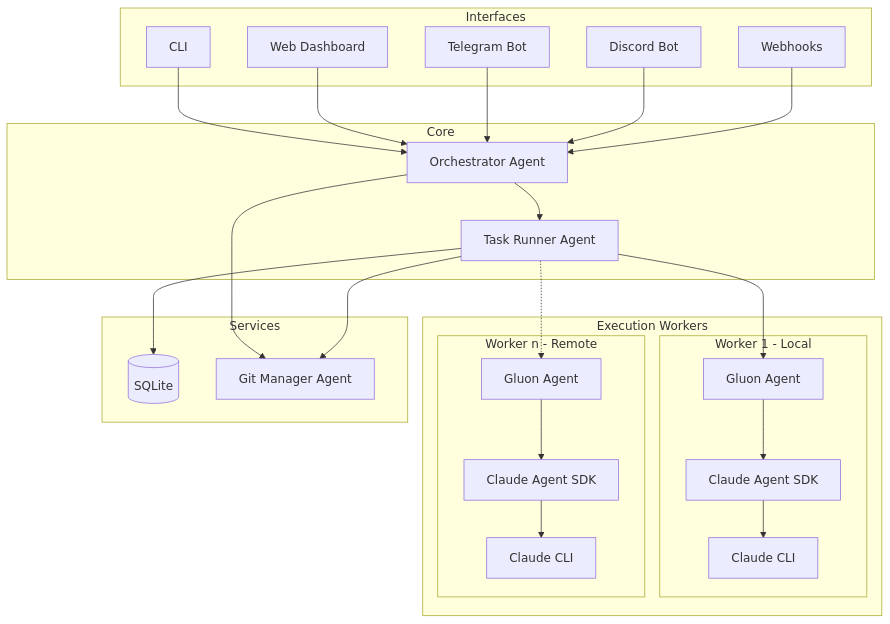
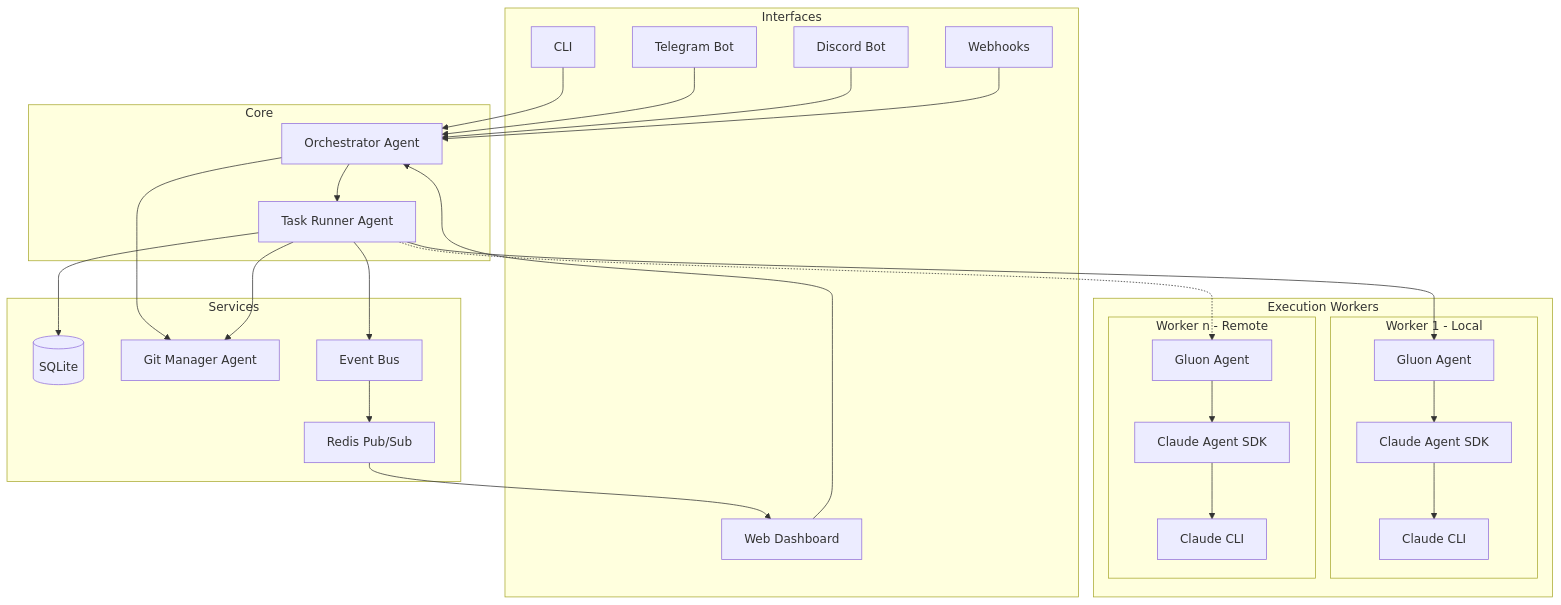
The diagram in README.md (carrotly-ai/gluon-agent), drawn with Mermaid before and after one commit. The commit also changed other lines of this file and 9 other files, not shown here.

First line of the commit message:
chore: release v0.6.0 — event bus, notifications, global AskUserQuestion

````diff
--- a/README.md
+++ b/README.md
@@ -418,53 +422,58 @@
 ```mermaid
 graph TB
     subgraph Interfaces
         CLI[CLI]
         WEB[Web Dashboard]
         TG[Telegram Bot]
         DC[Discord Bot]
         WH[Webhooks]
     end
 
     subgraph Core
         ORCH[Orchestrator Agent]
         RUNNER[Task Runner Agent]
     end
 
     subgraph Workers [Execution Workers]
         subgraph Worker1 [Worker 1 - Local]
             AGENT1[Gluon Agent]
             SDK1[Claude Agent SDK]
             CLAUDE1[Claude CLI]
         end
 
         subgraph WorkerN [Worker n - Remote]
             AGENTN[Gluon Agent]
             SDKN[Claude Agent SDK]
             CLAUDEN[Claude CLI]
         end
     end
 
     subgraph Services
         STORE[(SQLite)]
         GIT[Git Manager Agent]
+        EBUS[Event Bus]
+        REDIS[Redis Pub/Sub]
     end
 
     CLI --> ORCH
     WEB --> ORCH
     TG --> ORCH
     DC --> ORCH
     WH --> ORCH
 
     ORCH --> RUNNER
     ORCH --> GIT
     RUNNER --> STORE
     RUNNER --> GIT
     RUNNER --> AGENT1
     RUNNER -.-> AGENTN
+    RUNNER --> EBUS
+    EBUS --> REDIS
+    REDIS --> WEB
 
     AGENT1 --> SDK1
     SDK1 --> CLAUDE1
 
     AGENTN --> SDKN
     SDKN --> CLAUDEN
 ```
````
